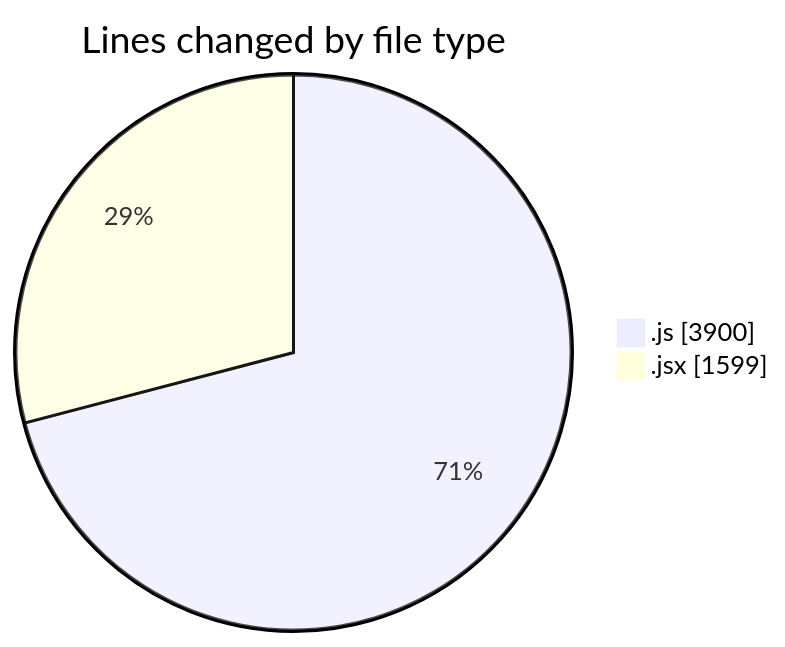
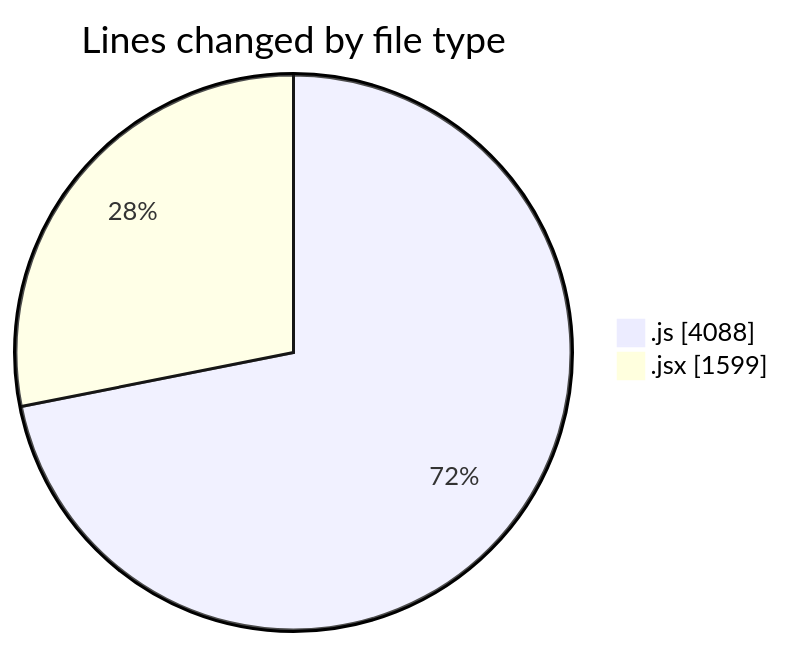
The first of 2 diagrams in 2025-08-13/nxtqube_webapp/README.md (nxtqubesakshisongat/code-tracking), drawn with Mermaid before and after one commit. The commit also changed other lines of this file and 1 other file, not shown here.

````diff
--- a/2025-08-13/nxtqube_webapp/README.md
+++ b/2025-08-13/nxtqube_webapp/README.md
@@ -23,6 +23,6 @@
 ```mermaid
 pie showData
 title Lines changed by file type
-".js" : 3900
+".js" : 4088
 ".jsx" : 1599
 ```
````
